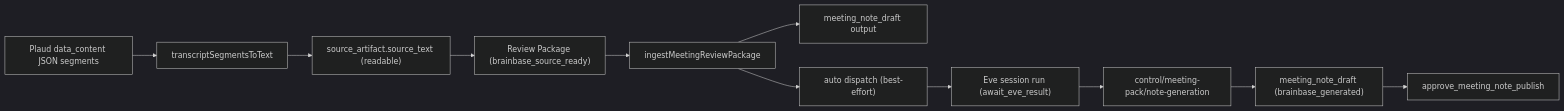
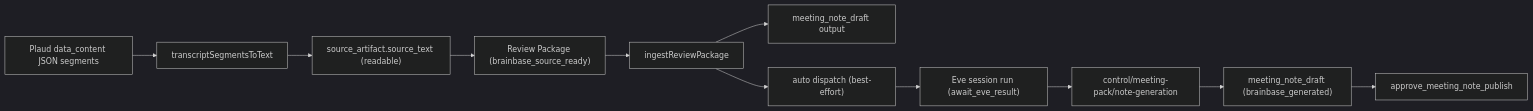
The diagram in docs/architecture/meeting-note-generation-dag-wiring-architecture.md (Unson-LLC/brainbase), drawn with Mermaid (dark theme) before and after one commit. The commit also changed other lines of this file and 19 other files, not shown here.

First line of the commit message:
refactor: Review Package ingest adapterを削除

````diff
--- a/docs/architecture/meeting-note-generation-dag-wiring-architecture.md
+++ b/docs/architecture/meeting-note-generation-dag-wiring-architecture.md
@@ -38,13 +38,13 @@
 ```mermaid
 flowchart LR
   plaud["Plaud data_content JSON segments"] --> norm["transcriptSegmentsToText"]
   norm --> artifact["source_artifact.source_text (readable)"]
   artifact --> pack["Review Package (brainbase_source_ready)"]
-  pack --> ingest["ingestMeetingReviewPackage"]
+  pack --> ingest["ingestReviewPackage"]
   ingest --> output["meeting_note_draft output"]
   ingest --> autodispatch["auto dispatch (best-effort)"]
   autodispatch --> eve["Eve session run (await_eve_result)"]
   eve --> writeback["control/meeting-pack/note-generation"]
   writeback --> output2["meeting_note_draft (brainbase_generated)"]
   output2 --> human["approve_meeting_note_publish"]
 ```
````
